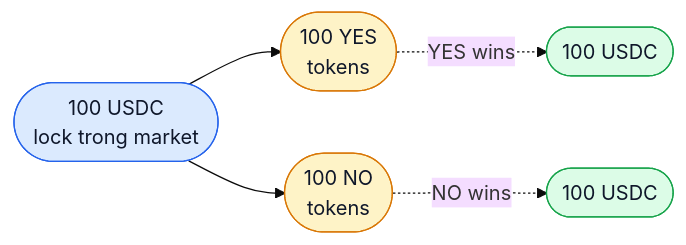
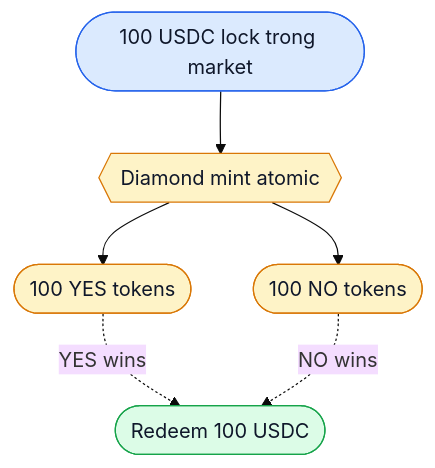
The first of 4 diagrams in vi_v6/khai-niem/outcome-tokens.md (PrediX-Protocol/predix-docs), drawn with Mermaid (base theme) before and after one commit. The commit also changed 2 other files, not shown here.

Commit message:
fix(vi_v6): redesign small LR diagrams to avoid pan/zoom overlay
GitBook Mermaid renderer overlays pan/zoom controls in bottom-right corner.
Trên small `flowchart LR` diagrams, controls cover critical content nodes
(report from user screenshot of README hero).

Fixes:
- README: replace hero diagram with prose + 2x2 outcome table (no Mermaid)
- khai-niem/prediction-market.md: 4-outcome matrix → table (clearer for matrix data)
- khai-niem/outcome-tokens.md: $1 invariant flowchart LR → TB layout, merge
  Redeem1+Redeem2 into single bottom node so bottom-right stays compact

Other diagrams (sequence, state, mindmap, larger flowcharts) unaffected —
controls naturally sit in margin area for taller diagrams.

Mermaid count: 82 → 80.

````diff
--- a/vi_v6/khai-niem/outcome-tokens.md
+++ b/vi_v6/khai-niem/outcome-tokens.md
@@ -19,14 +19,17 @@
 ```mermaid
-flowchart LR
-    USDC([100 USDC<br/>lock trong market]) --> YES([100 YES<br/>tokens])
-    USDC --> NO([100 NO<br/>tokens])
-    YES -.->|YES wins| Redeem1([100 USDC])
-    NO -.->|NO wins| Redeem2([100 USDC])
+flowchart TB
+    USDC([100 USDC lock trong market])
+    USDC --> Mint
+    Mint{{Diamond mint atomic}}
+    Mint --> YES([100 YES tokens])
+    Mint --> NO([100 NO tokens])
+    YES -.->|YES wins| RW([Redeem 100 USDC])
+    NO -.->|NO wins| RW
 
     classDef in fill:#dbeafe,stroke:#2563eb,color:#0f172a
     classDef tok fill:#fef3c7,stroke:#d97706,color:#0f172a
     classDef out fill:#dcfce7,stroke:#16a34a,color:#0f172a
     class USDC in
-    class YES,NO tok
-    class Redeem1,Redeem2 out
+    class YES,NO,Mint tok
+    class RW out
 ```
````
